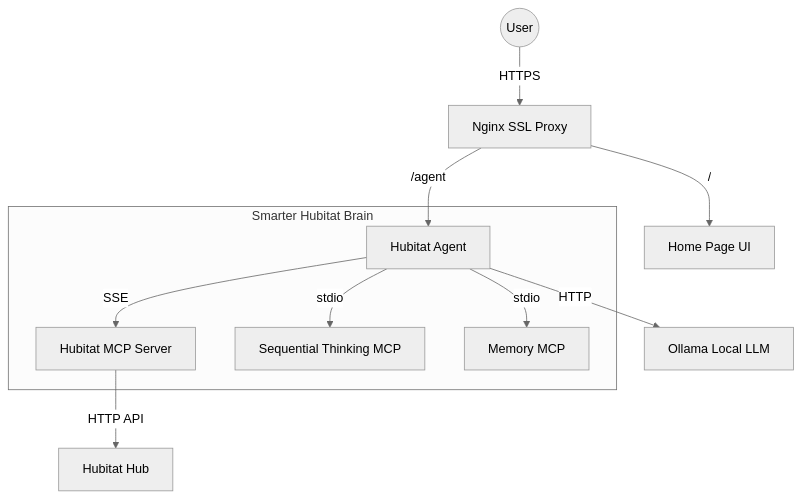
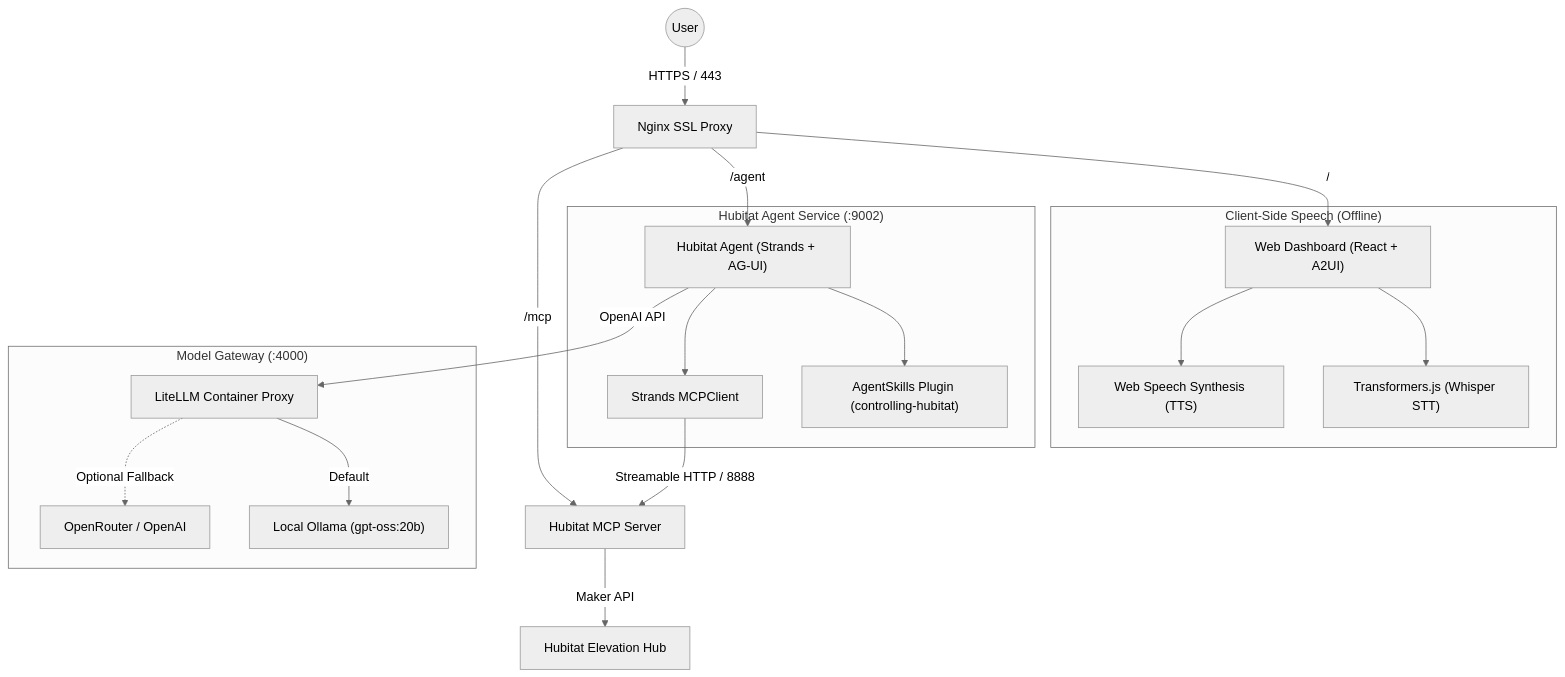
One commit to coatsnmore/home-agent changed the diagram in AGENTS.md. Above: the diagram before and after it, drawn with Mermaid (neutral theme). The commit also changed other lines of this file and 60 other files, not shown here.

````diff
--- a/AGENTS.md
+++ b/AGENTS.md
@@ -15,15 +11,26 @@
 ```mermaid
 graph TD
-    User((User)) -->|HTTPS| Nginx[Nginx SSL Proxy]
-    Nginx -->|/ | Frontend[Home Page UI]
-    Nginx -->|/agent| HubitatAgent[Hubitat Agent]
-    
-    subgraph "Smarter Hubitat Brain"
-        HubitatAgent -->|SSE| HubitatMCP[Hubitat MCP Server]
-        HubitatAgent -->|stdio| SeqThink[Sequential Thinking MCP]
-        HubitatAgent -->|stdio| Memory[Memory MCP]
+    User((User)) -->|HTTPS / 443| Nginx[Nginx SSL Proxy]
+    Nginx -->|/ | WebUI["Web Dashboard (React + A2UI)"]
+    Nginx -->|/agent| HubitatAgent["Hubitat Agent (Strands + AG-UI)"]
+    Nginx -->|/mcp| HubitatMCP["Hubitat MCP Server"]
+
+    subgraph "Client-Side Speech (Offline)"
+        WebUI --> LocalWhisper["Transformers.js (Whisper STT)"]
+        WebUI --> SpeechSynth["Web Speech Synthesis (TTS)"]
     end
-    
-    HubitatMCP -->|HTTP API| HubitatHub[Hubitat Hub]
-    HubitatAgent -->|HTTP| Ollama[Ollama Local LLM]
+
+    subgraph "Hubitat Agent Service (:9002)"
+        HubitatAgent --> SkillsPlugin["AgentSkills Plugin (controlling-hubitat)"]
+        HubitatAgent --> MCPClient["Strands MCPClient"]
+    end
+
+    MCPClient -->|Streamable HTTP / 8888| HubitatMCP
+    HubitatMCP -->|Maker API| HubitatHub["Hubitat Elevation Hub"]
+
+    subgraph "Model Gateway (:4000)"
+        HubitatAgent -->|OpenAI API| LiteLLM["LiteLLM Container Proxy"]
+        LiteLLM -->|Default| OllamaLocal["Local Ollama (gpt-oss:20b)"]
+        LiteLLM -.->|Optional Fallback| CloudModels["OpenRouter / OpenAI"]
+    end
 ```
````
